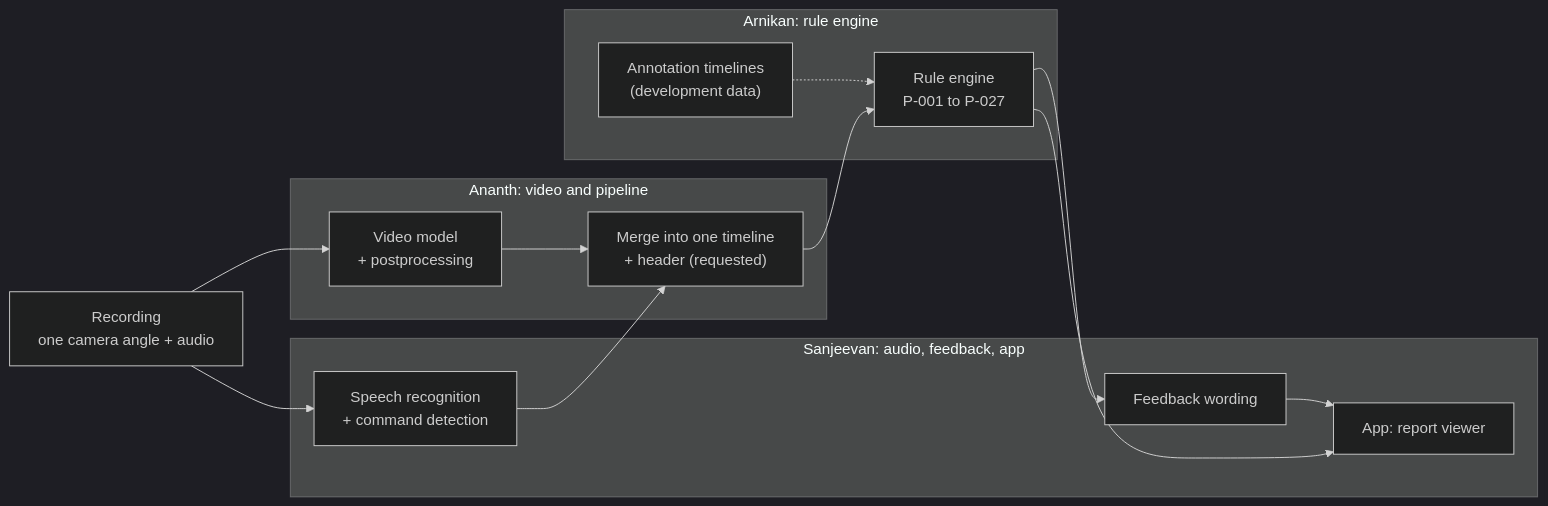
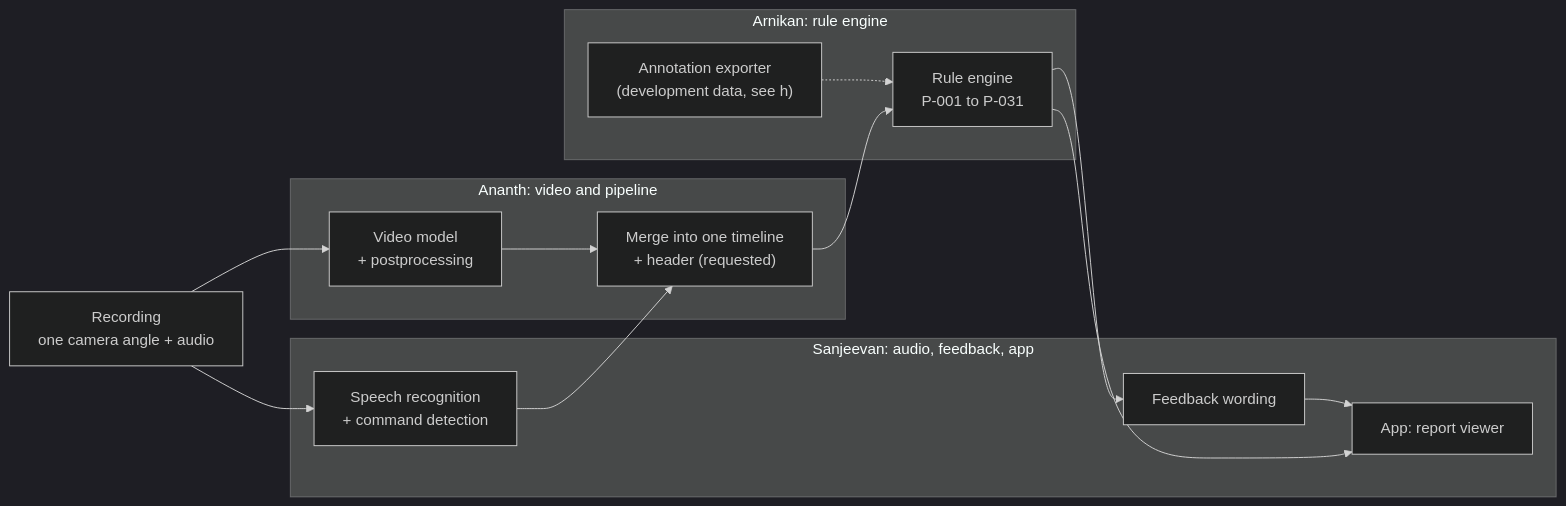
Before and after one commit to ananthu65/defibrillator_research: the first of 10 diagrams in docs/rule_engine/diagrams.md, drawn with Mermaid (dark theme). The commit also changed other lines of this file and 17 other files, not shown here.

````diff
--- a/docs/rule_engine/diagrams.md
+++ b/docs/rule_engine/diagrams.md
@@ -9,23 +9,23 @@
 ```mermaid
 flowchart LR
     rec["Recording<br/>one camera angle + audio"]
     subgraph ananth["Ananth: video and pipeline"]
         vid["Video model<br/>+ postprocessing"]
         merge["Merge into one timeline<br/>+ header (requested)"]
     end
     subgraph sanjeevan["Sanjeevan: audio, feedback, app"]
         asr["Speech recognition<br/>+ command detection"]
         fb["Feedback wording"]
         app["App: report viewer"]
     end
     subgraph arnikan["Arnikan: rule engine"]
-        eng["Rule engine<br/>P-001 to P-027"]
-        ann["Annotation timelines<br/>(development data)"]
+        eng["Rule engine<br/>P-001 to P-031"]
+        ann["Annotation exporter<br/>(development data, see h)"]
     end
     rec --> vid --> merge
     rec --> asr --> merge
     merge --> eng
     ann -.-> eng
     eng --> fb --> app
     eng --> app
 ```
````
